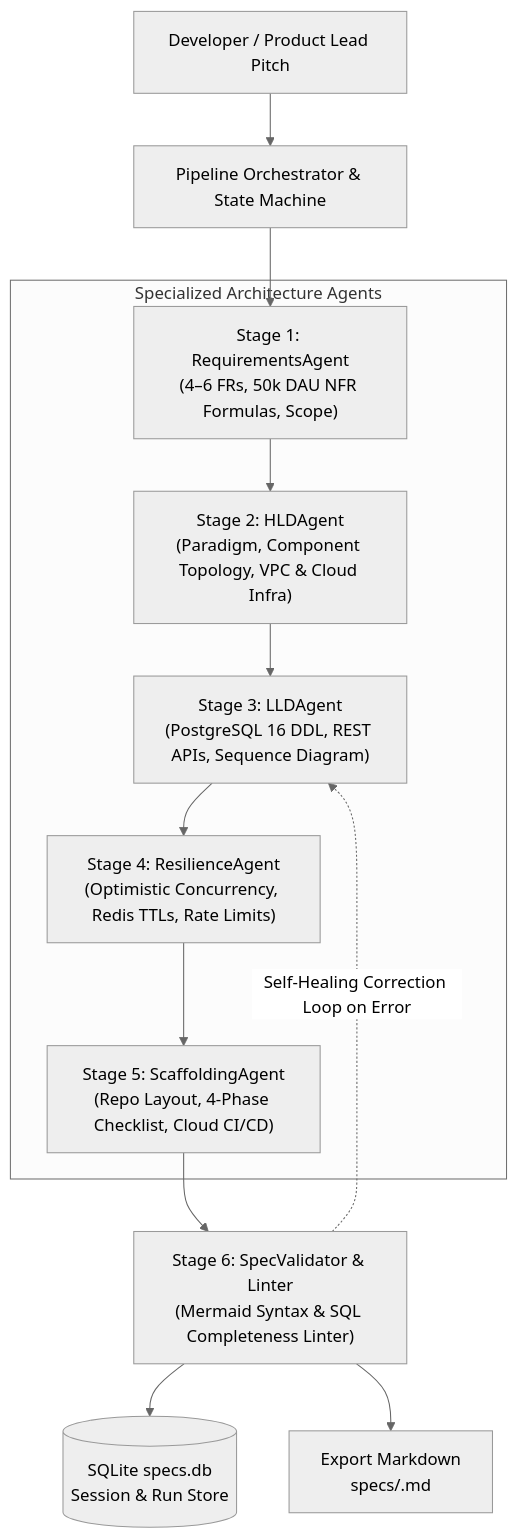
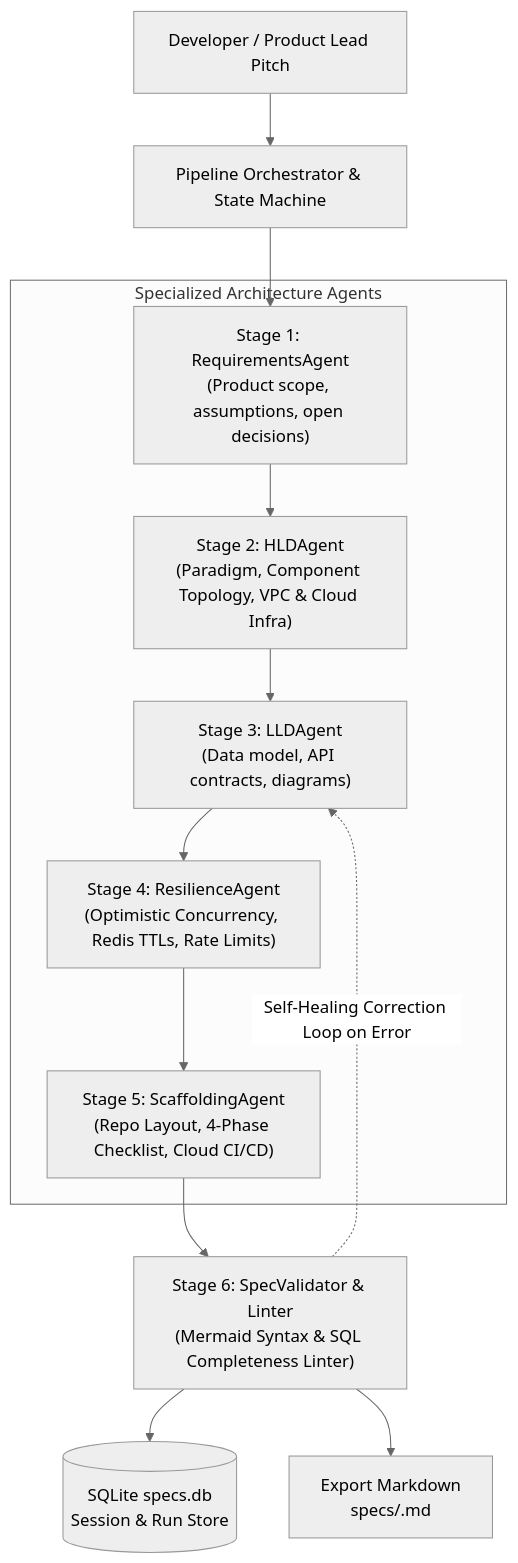
Before and after one commit to Surya760/system_design_agent: the diagram in README.md, drawn with Mermaid (neutral theme). The commit also changed other lines of this file and 30 other files, not shown here.

````diff
--- a/README.md
+++ b/README.md
@@ -34,23 +35,23 @@
 ```mermaid
 graph TD
     User["Developer / Product Lead Pitch"] --> Orchestrator["Pipeline Orchestrator & State Machine"]
     
     subgraph Agents ["Specialized Architecture Agents"]
-        S1["Stage 1: RequirementsAgent\n(4–6 FRs, 50k DAU NFR Formulas, Scope)"]
+        S1["Stage 1: RequirementsAgent\n(Product scope, assumptions, open decisions)"]
         S2["Stage 2: HLDAgent\n(Paradigm, Component Topology, VPC & Cloud Infra)"]
-        S3["Stage 3: LLDAgent\n(PostgreSQL 16 DDL, REST APIs, Sequence Diagram)"]
+        S3["Stage 3: LLDAgent\n(Data model, API contracts, diagrams)"]
         S4["Stage 4: ResilienceAgent\n(Optimistic Concurrency, Redis TTLs, Rate Limits)"]
         S5["Stage 5: ScaffoldingAgent\n(Repo Layout, 4-Phase Checklist, Cloud CI/CD)"]
     end
     
     Orchestrator --> S1
     S1 --> S2
     S2 --> S3
     S3 --> S4
     S4 --> S5
     
     S5 --> S6["Stage 6: SpecValidator & Linter\n(Mermaid Syntax & SQL Completeness Linter)"]
     S6 -.->|Self-Healing Correction Loop on Error| S3
     S6 --> DB[("SQLite specs.db\nSession & Run Store")]
     S6 --> MD["Export Markdown\nspecs/<slug>.md"]
 ```
````
